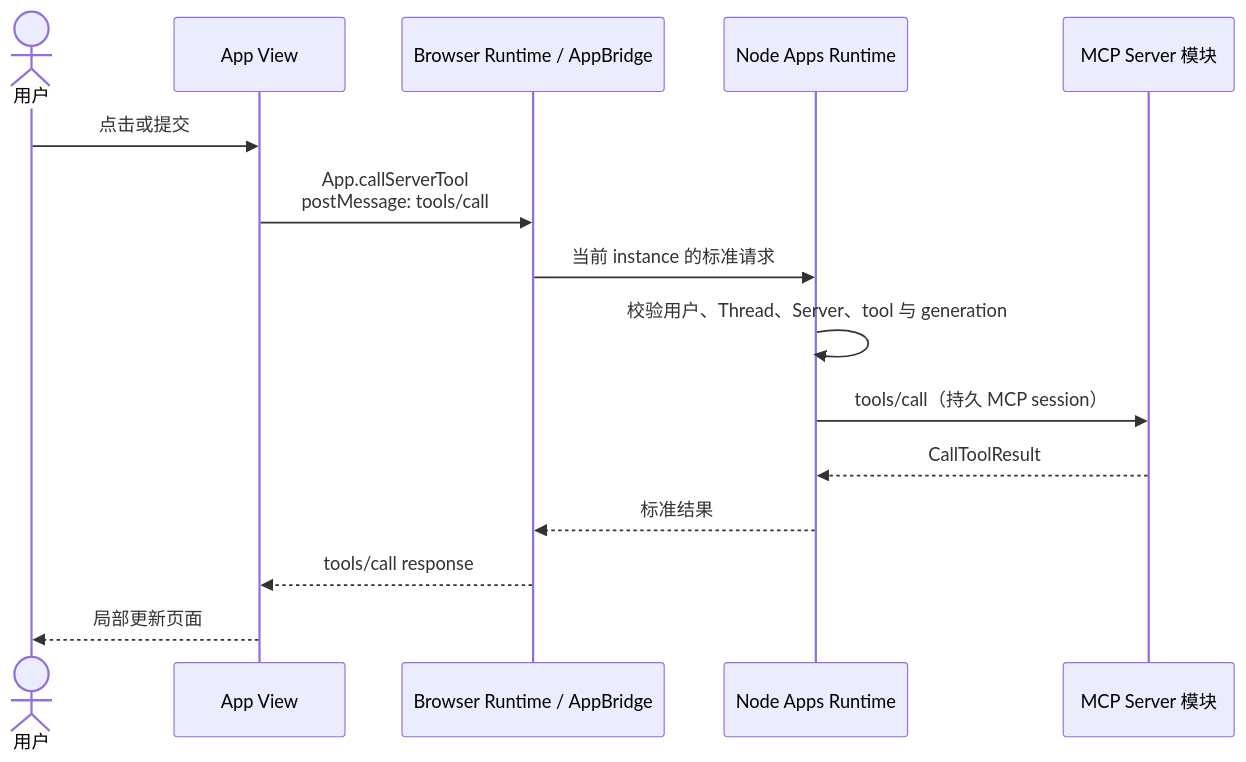
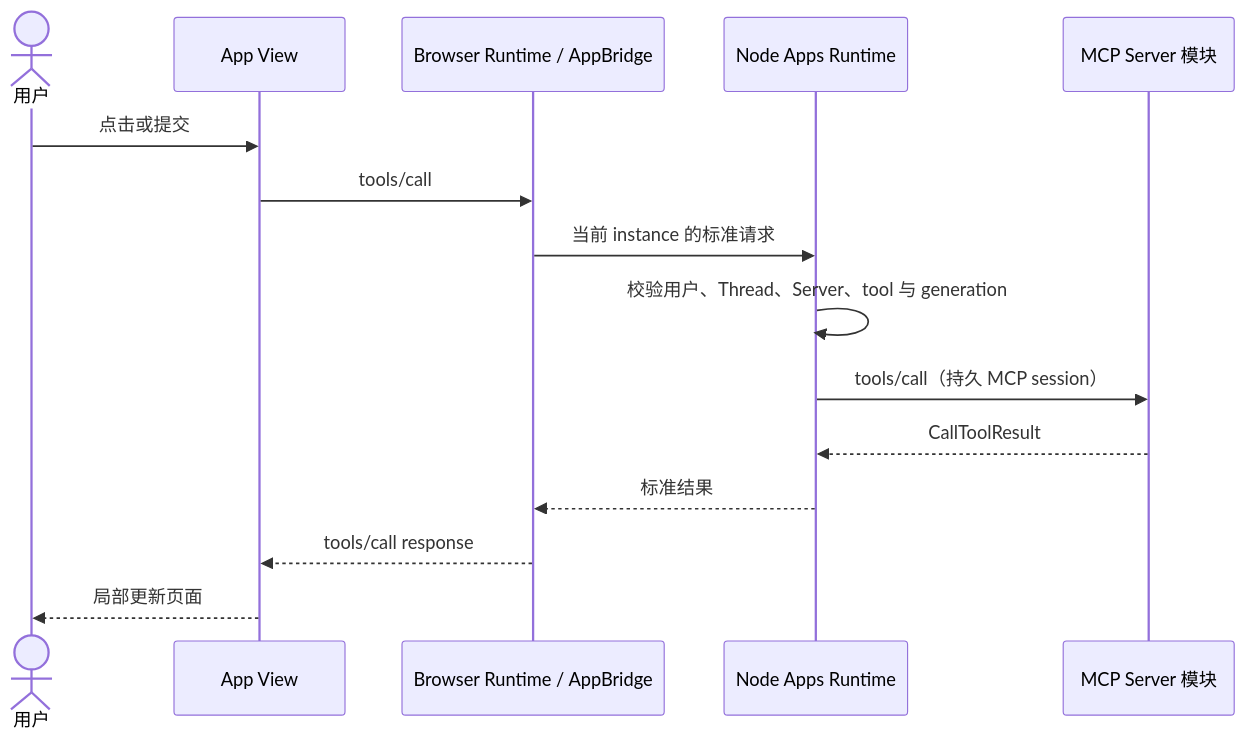
Before and after one commit to glide-the/im-dream: the third of 3 diagrams in docs/design/claude-agent/mcp-apps-node-runtime-bridge.md, drawn with Mermaid. The commit also changed other lines of this file and 6 other files, not shown here.

````diff
--- a/docs/design/claude-agent/mcp-apps-node-runtime-bridge.md
+++ b/docs/design/claude-agent/mcp-apps-node-runtime-bridge.md
@@ -176,18 +176,18 @@
 ```mermaid
 sequenceDiagram
     actor U as 用户
     participant V as App View
     participant B as Browser Runtime / AppBridge
     participant N as Node Apps Runtime
     participant S as MCP Server 模块
 
     U->>V: 点击或提交
-    V->>B: App.callServerTool<br/>postMessage: tools/call
+    V->>B: tools/call
     B->>N: 当前 instance 的标准请求
     N->>N: 校验用户、Thread、Server、tool 与 generation
     N->>S: tools/call（持久 MCP session）
     S-->>N: CallToolResult
     N-->>B: 标准结果
     B-->>V: tools/call response
     V-->>U: 局部更新页面
 ```
````
